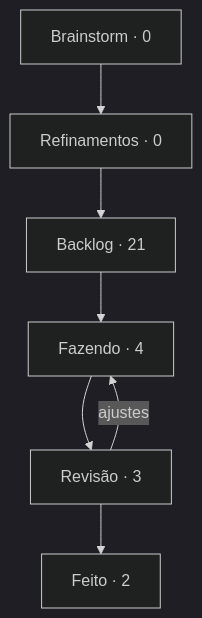
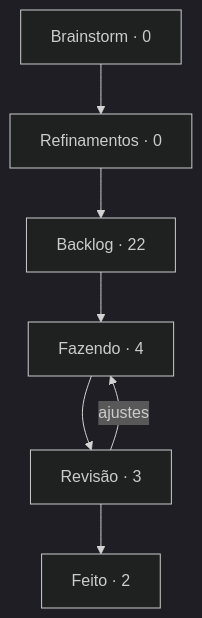
The diagram in boards/dungeon-bend/BOARD.md (StudioVibi/VibiKanban), drawn with Mermaid (dark theme) before and after one commit. The commit also changed other lines of this file and 2 other files, not shown here.

````diff
--- a/boards/dungeon-bend/BOARD.md
+++ b/boards/dungeon-bend/BOARD.md
@@ -5,12 +5,12 @@
 ```mermaid
 flowchart TD
   brainstorm["Brainstorm · 0"] --> refinamentos["Refinamentos · 0"]
-  refinamentos --> backlog["Backlog · 21"]
+  refinamentos --> backlog["Backlog · 22"]
   backlog --> doing["Fazendo · 4"]
   doing --> review["Revisão · 3"]
   review --> done["Feito · 2"]
   review -->|ajustes| doing
   doing:::blue
   review:::yellow
   done:::green
 ```
````
